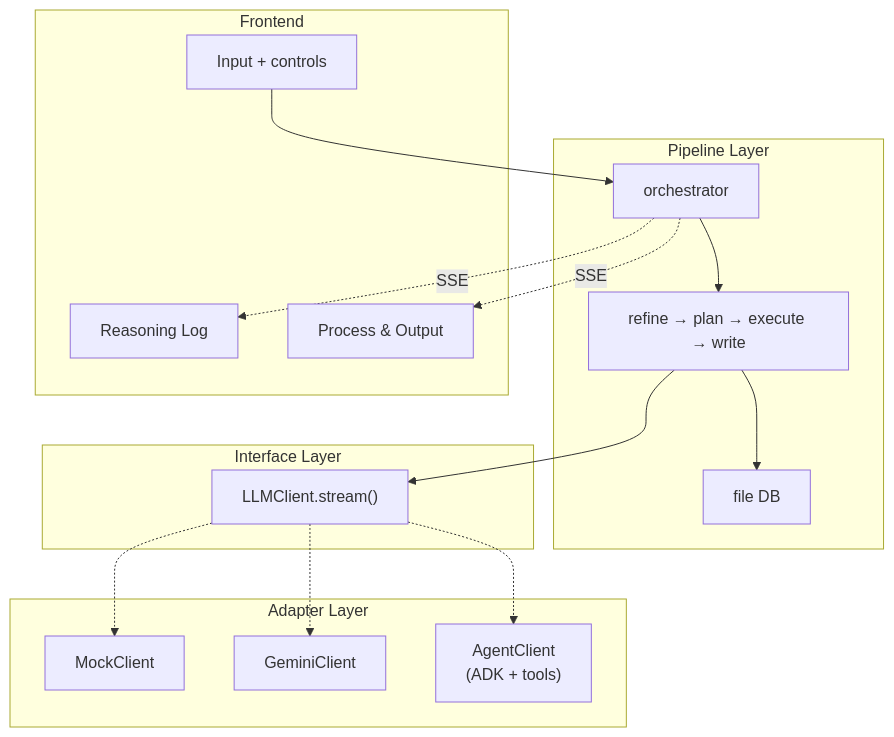
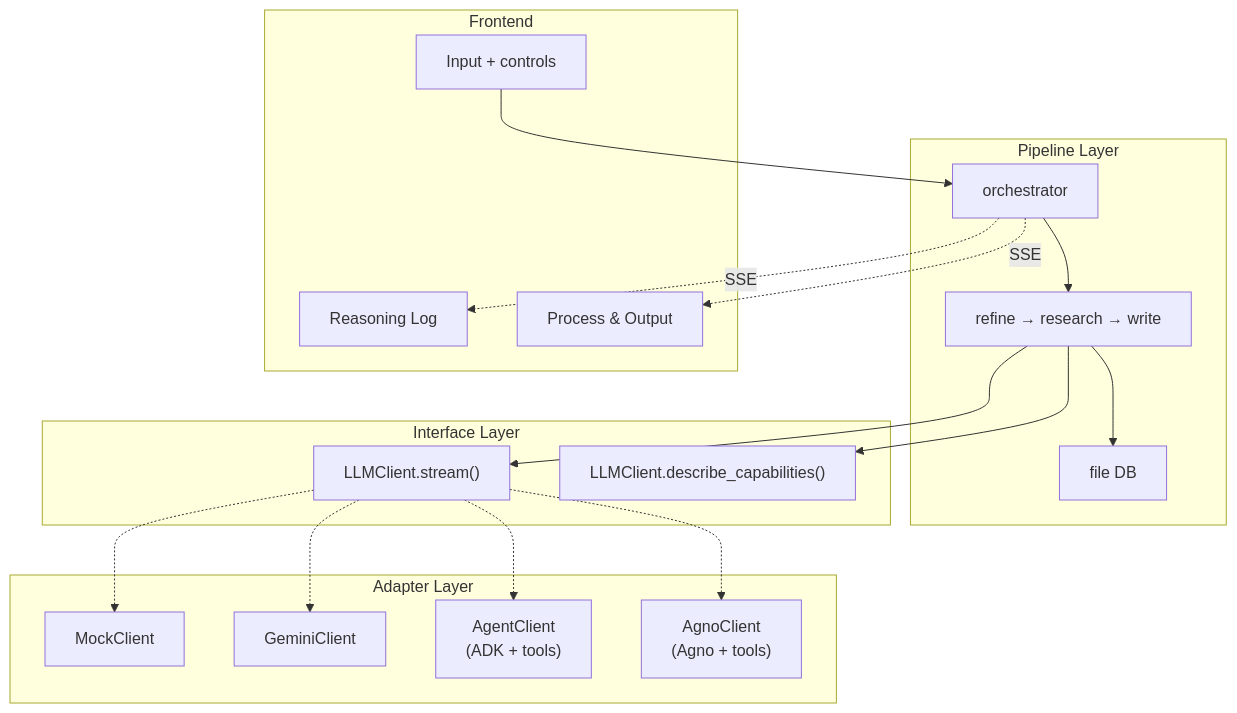
Before and after one commit to dozybot001/maars: the diagram in docs/EN/architecture.md, drawn with Mermaid. The commit also changed other lines of this file and 24 other files, not shown here.

First line of the commit message:
refactor: merge Plan+Execute into ResearchStage with calibrate, redecompose, and dynamic atomic definition

````diff
--- a/docs/EN/architecture.md
+++ b/docs/EN/architecture.md
@@ -15,32 +15,36 @@
 ```mermaid
 flowchart TB
     subgraph Pipeline["Pipeline Layer"]
-        ORCH["orchestrator"] --> STAGES["refine → plan → execute → write"]
+        ORCH["orchestrator"] --> STAGES["refine → research → write"]
         STAGES --> DB["file DB"]
     end
 
     subgraph Interface["Interface Layer"]
         LLM["LLMClient.stream()"]
+        LLM2["LLMClient.describe_capabilities()"]
     end
 
     subgraph Adapters["Adapter Layer"]
         MOCK["MockClient"]
         GEMINI["GeminiClient"]
-        AGENT["AgentClient\n(ADK + tools)"]
+        ADK["AgentClient\n(ADK + tools)"]
+        AGNO["AgnoClient\n(Agno + tools)"]
     end
 
     STAGES --> LLM
+    STAGES --> LLM2
     LLM -.-> MOCK
     LLM -.-> GEMINI
-    LLM -.-> AGENT
+    LLM -.-> ADK
+    LLM -.-> AGNO
 
     subgraph FE["Frontend"]
         UI["Input + controls"]
         LOG["Reasoning Log"]
         PROC["Process & Output"]
     end
 
     UI --> ORCH
     ORCH -."SSE".-> LOG
     ORCH -."SSE".-> PROC
 ```
````
